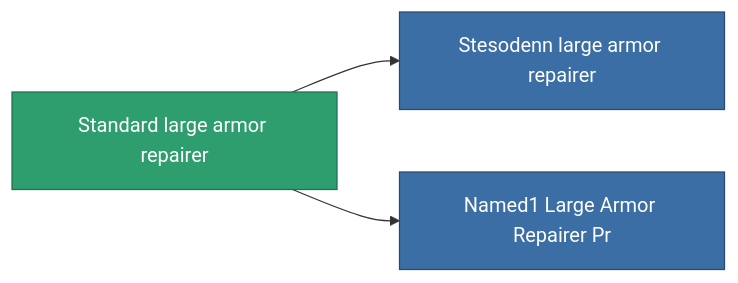
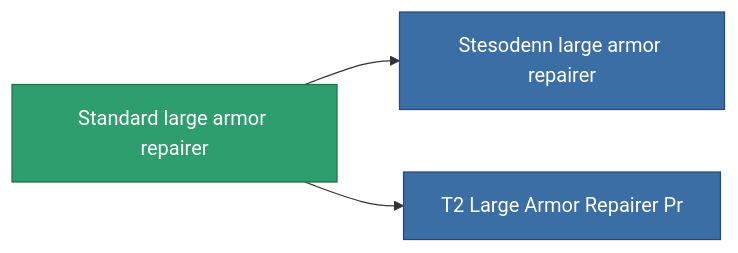
The diagram in content/content/items/standard_large_armor_repairer.md (OpenPerpetuum/Wiki), drawn with Mermaid before and after one commit. The commit also changed other lines of this file and 4904 other files, not shown here.

````diff
--- a/content/content/items/standard_large_armor_repairer.md
+++ b/content/content/items/standard_large_armor_repairer.md
@@ -64,13 +48,13 @@
 ```mermaid
 graph LR
     a["Standard large armor repairer"]:::current
     b["Stesodenn large armor repairer"]:::prod
     a --> b
     click b "/content/items/named1-large-armor-repairer/" "Stesodenn large armor repairer"
-    c["Named1 Large Armor Repairer Pr"]:::prod
+    c["T2 Large Armor Repairer Pr"]:::prod
     a --> c
-    click c "/content/items/named1-large-armor-repairer-pr/" "Named1 Large Armor Repairer Pr"
+    click c "/content/items/named1-large-armor-repairer-pr/" "T2 Large Armor Repairer Pr"
     classDef current fill:#2f9e6f,stroke:#1f6f4a,color:#ffffff
     classDef prod fill:#3b6ea5,stroke:#274a75,color:#ffffff
     classDef more fill:#39445a,stroke:#54658a,color:#d5dbe8
 ```
````
